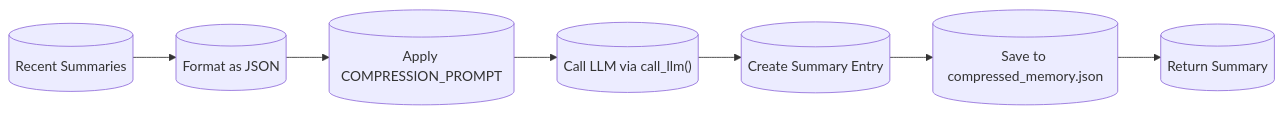
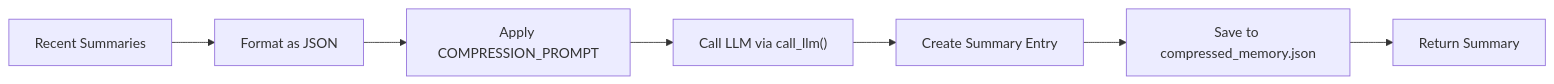
The fourth of 4 diagrams in docs/API Reference/Knowledge Service API.md (Likhithsai2580/RAVANA-WIKI), drawn with Mermaid before and after one commit. The commit also changed other lines of this file and 78 other files, not shown here.

````diff
--- a/docs/API Reference/Knowledge Service API.md
+++ b/docs/API Reference/Knowledge Service API.md
@@ -194,10 +191,9 @@
 ```mermaid
 flowchart LR
-A[("Recent Summaries")] --> B[("Format as JSON")]
-B --> C[("Apply COMPRESSION_PROMPT")]
-C --> D[("Call LLM via call_llm()")]
-D --> E[("Create Summary Entry")]
-E --> F[("Save to compressed_memory.json")]
-F --> G[("Return Summary")]
-
+A[Recent Summaries] --> B[Format as JSON]
+B --> C["Apply COMPRESSION_PROMPT"]
+C --> D["Call LLM via call_llm()"]
+D --> E[Create Summary Entry]
+E --> F["Save to compressed_memory.json"]
+F --> G[Return Summary]
 ```
````
